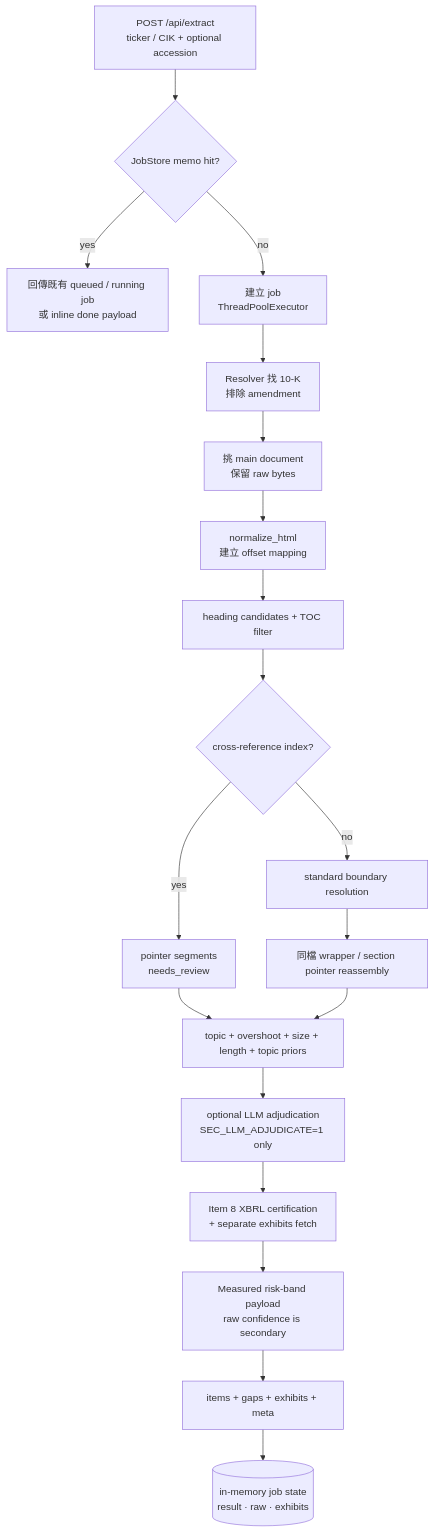
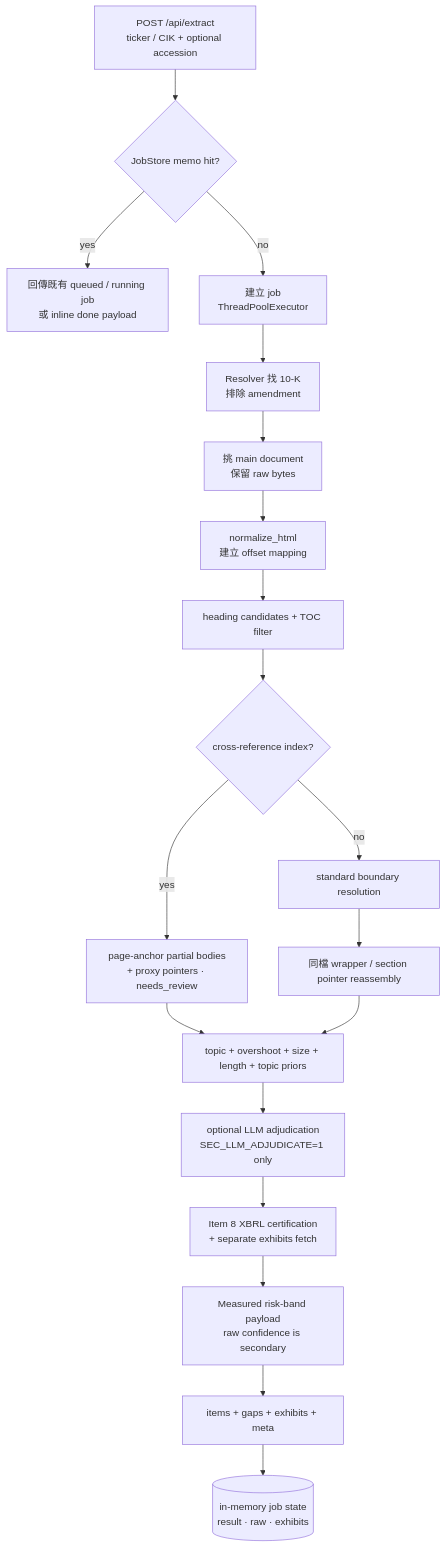
Before and after one commit to Tim096/wealth_ai: the third of 4 diagrams in docs/system-map.md, drawn with Mermaid. The commit also changed other lines of this file and 4 other files, not shown here.

````diff
--- a/docs/system-map.md
+++ b/docs/system-map.md
@@ -164,28 +166,28 @@
 ```mermaid
 flowchart TD
     R[POST /api/extract\nticker / CIK + optional accession]
     M{JobStore memo hit?}
     HIT[回傳既有 queued / running job\n或 inline done payload]
     J[建立 job\nThreadPoolExecutor]
     F[Resolver 找 10-K\n排除 amendment]
     D[挑 main document\n保留 raw bytes]
     N[normalize_html\n建立 offset mapping]
     H[heading candidates + TOC filter]
     X{cross-reference index?}
-    XP[pointer segments\nneeds_review]
+    XP[page-anchor partial bodies\n+ proxy pointers · needs_review]
     ST[standard boundary resolution]
     WR[同檔 wrapper / section pointer reassembly]
     G[topic + overshoot + size + length + topic priors]
     O[optional LLM adjudication\nSEC_LLM_ADJUDICATE=1 only]
     C[Item 8 XBRL certification\n+ separate exhibits fetch]
     RB[Measured risk-band payload\nraw confidence is secondary]
     P[items + gaps + exhibits + meta]
     S[(in-memory job state\nresult · raw · exhibits)]
 
     R --> M
     M -- yes --> HIT
     M -- no --> J --> F --> D --> N --> H --> X
     X -- yes --> XP --> G
     X -- no --> ST --> WR --> G
     G --> O --> C --> RB --> P --> S
 ```
````
